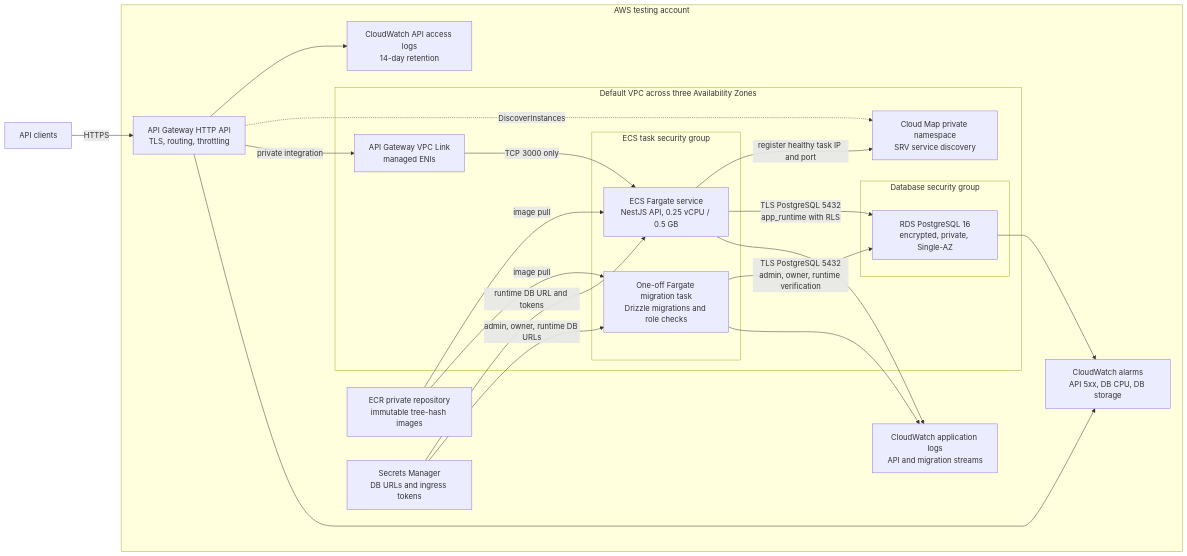
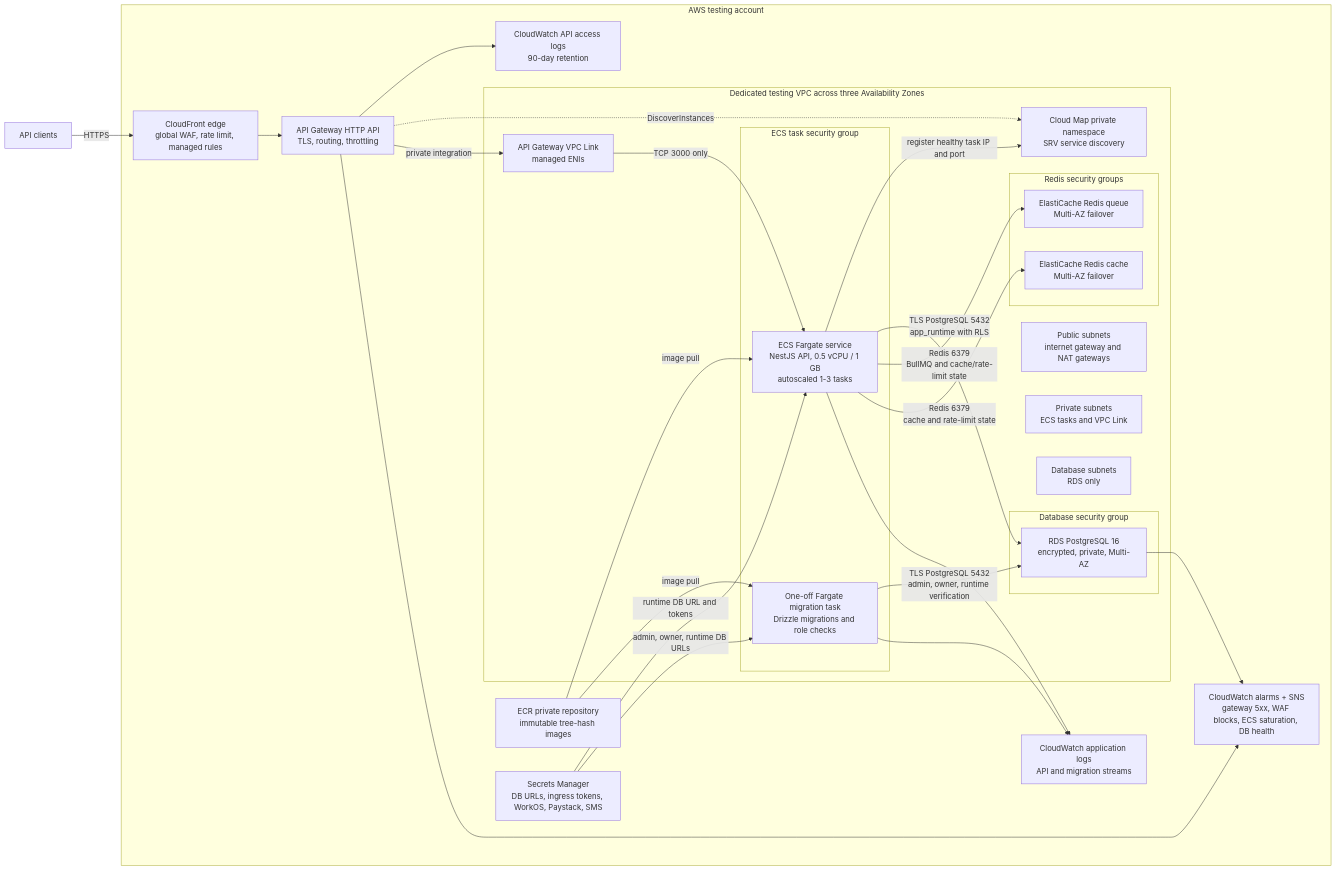
One commit to fabricOrg/fabric changed the first of 2 diagrams in docs/AWS-TESTING-ARCHITECTURE.md. Above: the diagram before and after it, drawn with Mermaid. The commit also changed other lines of this file and 19 other files, not shown here.

````diff
--- a/docs/AWS-TESTING-ARCHITECTURE.md
+++ b/docs/AWS-TESTING-ARCHITECTURE.md
@@ -8,45 +8,57 @@
 ```mermaid
 flowchart LR
   client[API clients]
 
   subgraph aws[AWS testing account]
+    edge[CloudFront edge<br/>global WAF, rate limit, managed rules]
     apigw[API Gateway HTTP API<br/>TLS, routing, throttling]
-    apilogs[CloudWatch API access logs<br/>14-day retention]
+    apilogs[CloudWatch API access logs<br/>90-day retention]
 
-    subgraph vpc[Default VPC across three Availability Zones]
+    subgraph vpc[Dedicated testing VPC across three Availability Zones]
+      public[Public subnets<br/>internet gateway and NAT gateways]
+      private[Private subnets<br/>ECS tasks and VPC Link]
+      database[Database subnets<br/>RDS only]
       vpclink[API Gateway VPC Link<br/>managed ENIs]
       cloudmap[Cloud Map private namespace<br/>SRV service discovery]
 
       subgraph ecs_sg[ECS task security group]
-        api[ECS Fargate service<br/>NestJS API, 0.25 vCPU / 0.5 GB]
+        api[ECS Fargate service<br/>NestJS API, 0.5 vCPU / 1 GB<br/>autoscaled 1-3 tasks]
         migration[One-off Fargate migration task<br/>Drizzle migrations and role checks]
       end
 
       subgraph db_sg[Database security group]
-        rds[RDS PostgreSQL 16<br/>encrypted, private, Single-AZ]
+        rds[RDS PostgreSQL 16<br/>encrypted, private, Multi-AZ]
+      end
+
+      subgraph redis_sg[Redis security groups]
+        queue[ElastiCache Redis queue<br/>Multi-AZ failover]
+        cache[ElastiCache Redis cache<br/>Multi-AZ failover]
       end
     end
 
     ecr[ECR private repository<br/>immutable tree-hash images]
-    secrets[Secrets Manager<br/>DB URLs and ingress tokens]
+    secrets[Secrets Manager<br/>DB URLs, ingress tokens, WorkOS, Paystack, SMS]
     applogs[CloudWatch application logs<br/>API and migration streams]
-    alarms[CloudWatch alarms<br/>API 5xx, DB CPU, DB storage]
+    alarms[CloudWatch alarms + SNS<br/>gateway 5xx, WAF blocks, ECS saturation, DB health]
   end
 
-  client -->|HTTPS| apigw
+  client -->|HTTPS| edge
+  edge --> apigw
   apigw --> apilogs
   apigw -.->|DiscoverInstances| cloudmap
   apigw -->|private integration| vpclink
   vpclink -->|TCP 3000 only| api
   api -->|register healthy task IP and port| cloudmap
   api -->|TLS PostgreSQL 5432<br/>app_runtime with RLS| rds
+  api -->|Redis 6379<br/>BullMQ and cache/rate-limit state| queue
+  api -->|Redis 6379<br/>cache and rate-limit state| cache
   migration -->|TLS PostgreSQL 5432<br/>admin, owner, runtime verification| rds
   ecr -->|image pull| api
   ecr -->|image pull| migration
   secrets -->|runtime DB URL and tokens| api
   secrets -->|admin, owner, runtime DB URLs| migration
   api --> applogs
   migration --> applogs
   apigw --> alarms
   rds --> alarms
 ```
````
